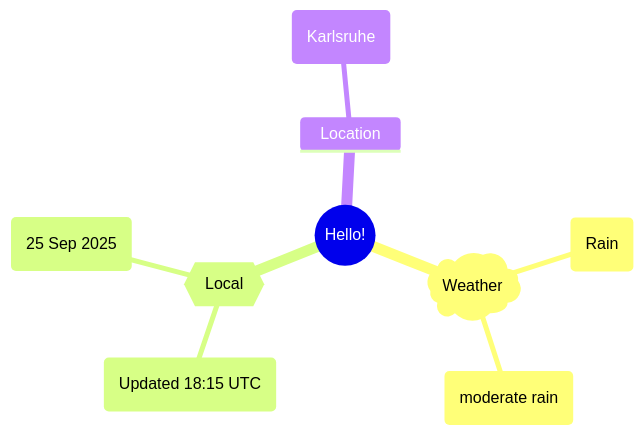
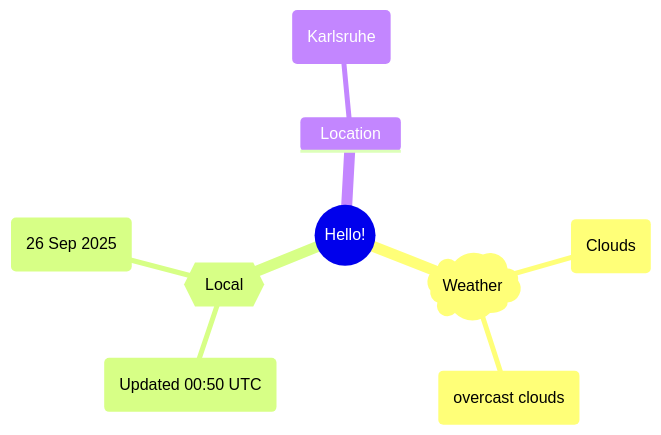
The first of 2 diagrams in README.md (Xosrov/Xosrov), drawn with Mermaid before and after one commit.

Commit message:
[bot] updated images

````diff
--- a/README.md
+++ b/README.md
@@ -3,12 +3,12 @@
 ```mermaid
 mindmap
   root((Hello!))
     )Weather(
-        (Rain)
-        (moderate rain)
+        (Clouds)
+        (overcast clouds)
     {{Local}}
-        (Updated 18:15 UTC)
-        (25 Sep 2025)
+        (Updated 00:50 UTC)
+        (26 Sep 2025)
     Location
         (Karlsruhe)
 ```
````
